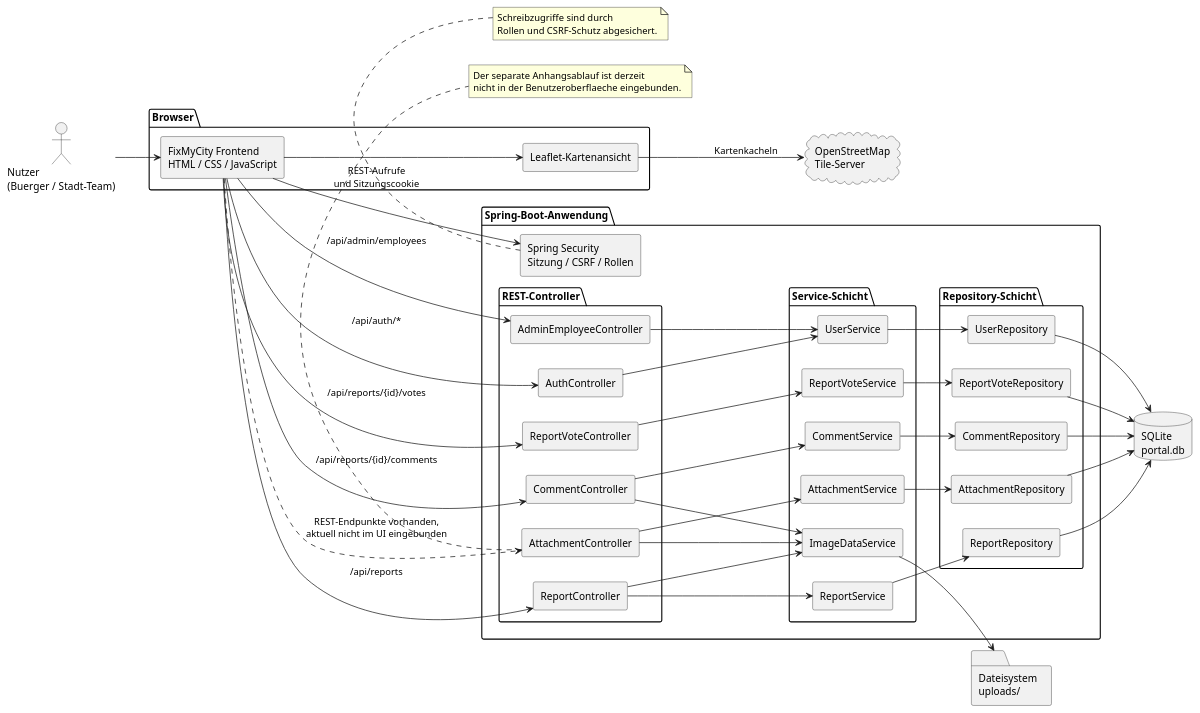
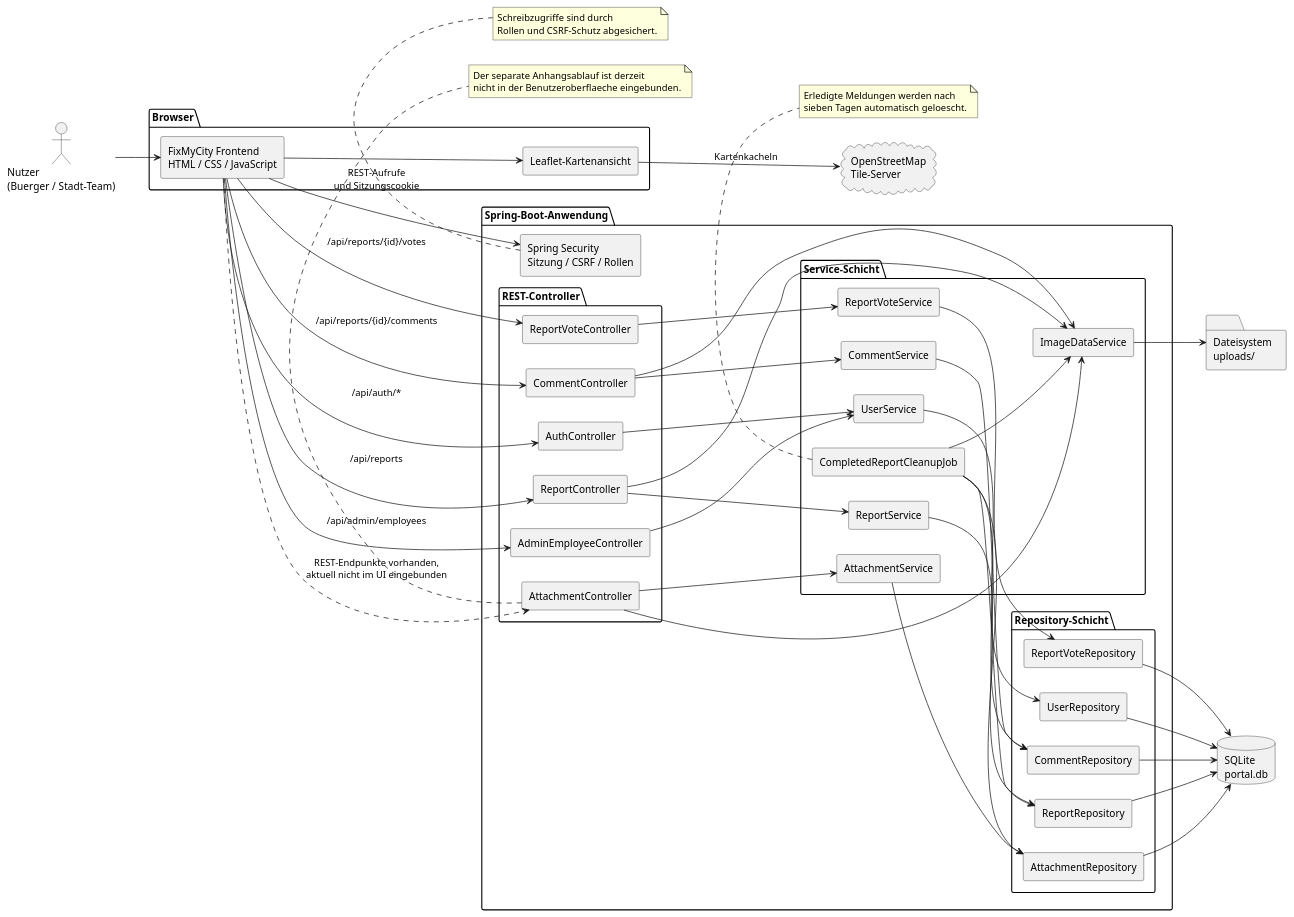
One commit to wenhuan-liang/stadtmeldung-portal changed the diagram in docs/uml/components.puml. Above: the diagram before and after it, drawn with PlantUML. The commit also changed 25 other files, not shown here.

```diff
--- a/docs/uml/components.puml
+++ b/docs/uml/components.puml
@@ -1,88 +1,98 @@
 @startuml
 left to right direction
 skinparam componentStyle rectangle
 
 actor "Nutzer\n(Buerger / Stadt-Team)" as User
 
 package "Browser" {
   [FixMyCity Frontend\nHTML / CSS / JavaScript] as Frontend
   [Leaflet-Kartenansicht] as Leaflet
 }
 
 package "Spring-Boot-Anwendung" {
   package "REST-Controller" {
     [AuthController]
     [ReportController]
     [CommentController]
     [ReportVoteController]
     [AttachmentController]
     [AdminEmployeeController]
   }
 
   [Spring Security\nSitzung / CSRF / Rollen] as Security
   package "Service-Schicht" {
     [UserService]
     [ReportService]
     [CommentService]
     [ReportVoteService]
     [AttachmentService]
     [ImageDataService]
+    [CompletedReportCleanupJob]
   }
 
   package "Repository-Schicht" {
     [UserRepository]
     [ReportRepository]
     [CommentRepository]
     [ReportVoteRepository]
     [AttachmentRepository]
   }
 }
 
 database "SQLite\nportal.db" as SQLite
 folder "Dateisystem\nuploads/" as Uploads
 cloud "OpenStreetMap\nTile-Server" as OSM
 
 User --> Frontend
 Frontend --> Security : REST-Aufrufe\nund Sitzungscookie
 Frontend --> [AuthController] : /api/auth/*
 Frontend --> [ReportController] : /api/reports
 Frontend --> [CommentController] : /api/reports/{id}/comments
 Frontend --> [ReportVoteController] : /api/reports/{id}/votes
 Frontend ..> [AttachmentController] : REST-Endpunkte vorhanden,\naktuell nicht im UI eingebunden
 Frontend --> [AdminEmployeeController] : /api/admin/employees
 Frontend --> Leaflet
 Leaflet --> OSM : Kartenkacheln
 
 [AuthController] --> [UserService]
 [ReportController] --> [ReportService]
 [ReportController] --> [ImageDataService]
 [CommentController] --> [CommentService]
 [CommentController] --> [ImageDataService]
 [ReportVoteController] --> [ReportVoteService]
 [AttachmentController] --> [AttachmentService]
 [AttachmentController] --> [ImageDataService]
 [AdminEmployeeController] --> [UserService]
 
 [UserService] --> [UserRepository]
 [ReportService] --> [ReportRepository]
 [CommentService] --> [CommentRepository]
 [ReportVoteService] --> [ReportVoteRepository]
 [AttachmentService] --> [AttachmentRepository]
+[CompletedReportCleanupJob] --> [ReportRepository]
+[CompletedReportCleanupJob] --> [CommentRepository]
+[CompletedReportCleanupJob] --> [AttachmentRepository]
+[CompletedReportCleanupJob] --> [ImageDataService]
 
 [UserRepository] --> SQLite
 [ReportRepository] --> SQLite
 [CommentRepository] --> SQLite
 [ReportVoteRepository] --> SQLite
 [AttachmentRepository] --> SQLite
 [ImageDataService] --> Uploads
 
 note bottom of Security
   Schreibzugriffe sind durch
   Rollen und CSRF-Schutz abgesichert.
 end note
 
 note bottom of [AttachmentController]
   Der separate Anhangsablauf ist derzeit
   nicht in der Benutzeroberflaeche eingebunden.
 end note
+
+note bottom of [CompletedReportCleanupJob]
+  Erledigte Meldungen werden nach
+  sieben Tagen automatisch geloescht.
+end note
 @enduml
```
